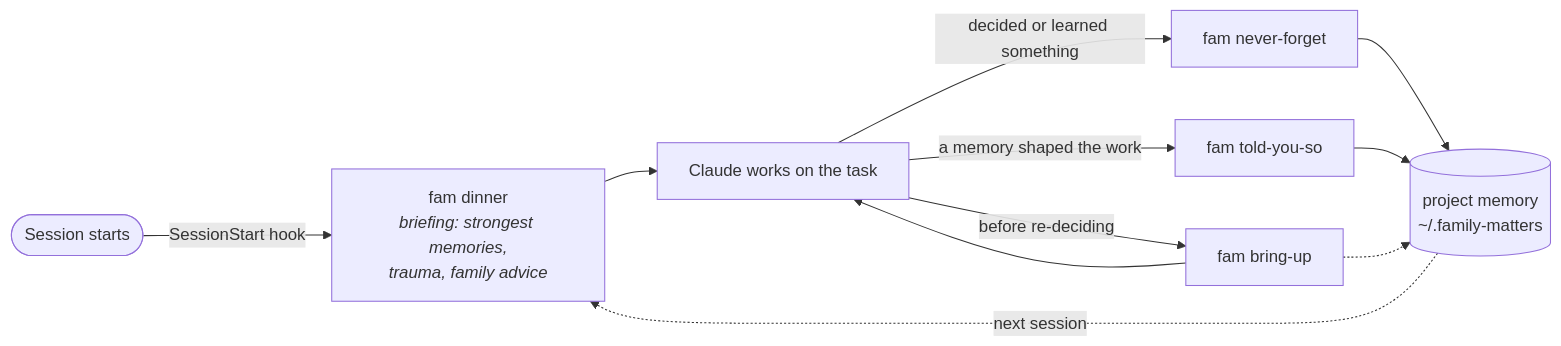
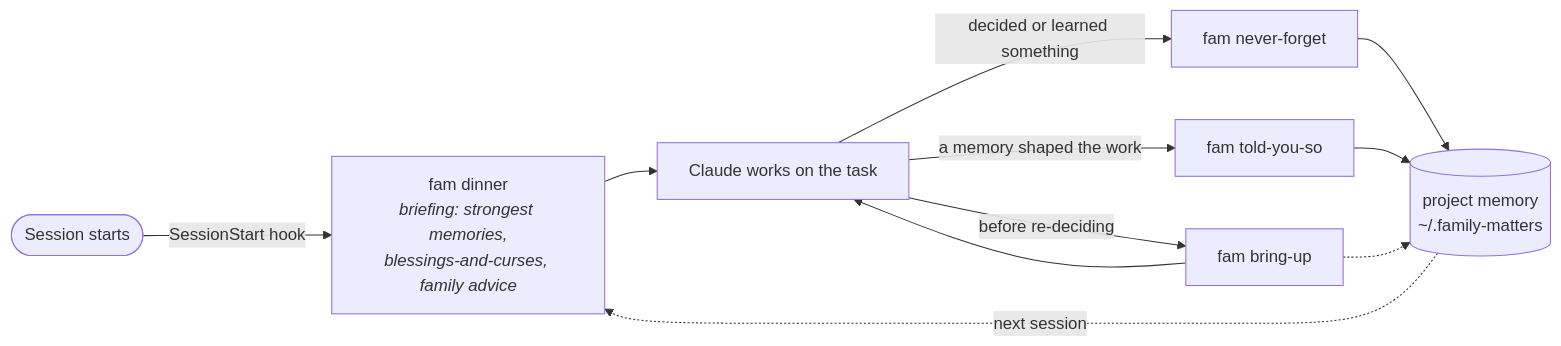
One commit to TheHaymaker/Ensemble-of-memories changed the first of 5 diagrams in README.md. Above: the diagram before and after it, drawn with Mermaid. The commit also changed other lines of this file and 14 other files, not shown here.

First line of the commit message:
Lessons are blessings-and-curses; inherited marks are trauma (Brett's names)

````diff
--- a/README.md
+++ b/README.md
@@ -56,13 +56,13 @@
 ```mermaid
 flowchart LR
-    S([Session starts]) -->|SessionStart hook| L["fam dinner<br/><i>briefing: strongest memories,<br/>trauma, family advice</i>"]
+    S([Session starts]) -->|SessionStart hook| L["fam dinner<br/><i>briefing: strongest memories,<br/>blessings-and-curses, family advice</i>"]
     L --> W[Claude works on the task]
     W -->|before re-deciding| R["fam bring-up"]
     R --> W
     W -->|decided or learned something| M["fam never-forget"]
     W -->|a memory shaped the work| U["fam told-you-so"]
     M --> Store[(project memory<br/>~/.family-matters)]
     U --> Store
     R -.-> Store
     Store -.->|next session| L
 ```
````
